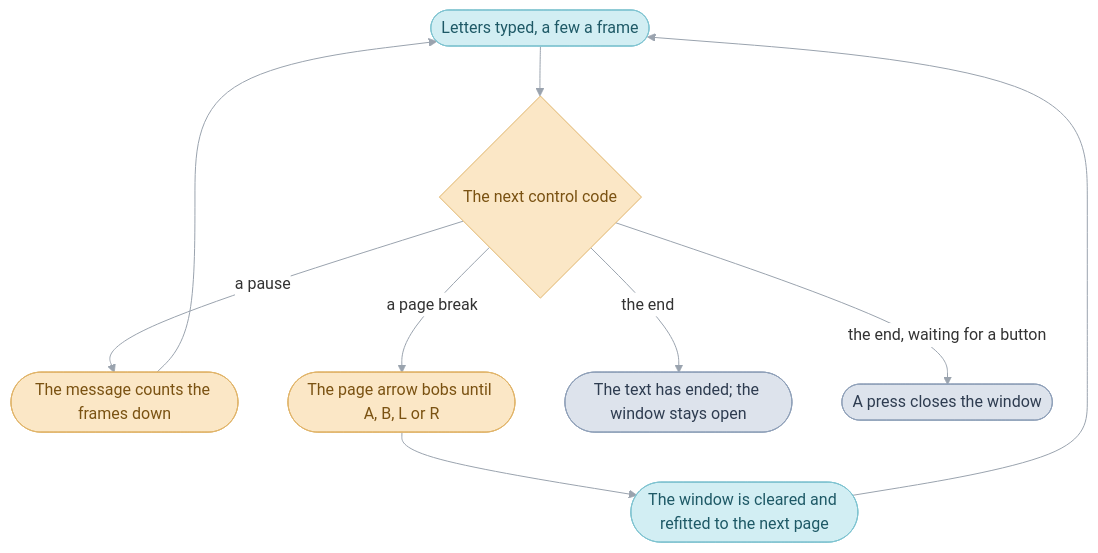
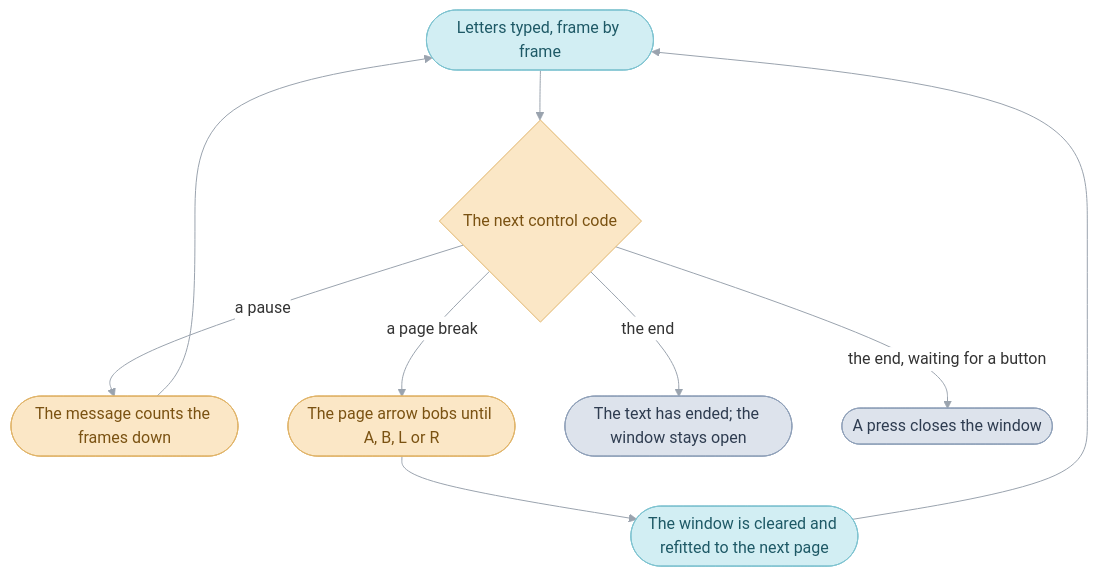
One commit to PascalPixel/alchemy changed the third of 4 diagrams in games/tbs/src/window/README.md. Above: the diagram before and after it, drawn with Mermaid. The commit also changed other lines of this file and 20 other files, not shown here.

````diff
--- a/games/tbs/src/window/README.md
+++ b/games/tbs/src/window/README.md
@@ -317,18 +317,18 @@
 ```mermaid
 %%{init: {"theme": "base", "themeVariables": {"lineColor": "#9AA3AE", "edgeLabelBackground": "#FFFFFF"}, "flowchart": {"curve": "basis", "padding": 12}}}%%
 flowchart TD
-  typed(["Letters typed, a few a frame"]) --> code{"The next control code"}
+  typed(["Letters typed, frame by frame"]) --> code{"The next control code"}
   code -- "a pause" --> pause(["The message counts the frames down"])
   pause --> typed
   code -- "a page break" --> arrow(["The page arrow bobs until A, B, L or R"])
   arrow --> refit(["The window is cleared and refitted to the next page"])
   refit --> typed
   code -- "the end" --> open(["The text has ended; the window stays open"])
   code -- "the end, waiting for a button" --> close(["A press closes the window"])
   classDef work fill:#D2EEF3,stroke:#7FC3D0,color:#1E5966
   classDef wait fill:#FBE7C6,stroke:#E0B46A,color:#7A5212
   classDef out fill:#DDE3EC,stroke:#8FA0B8,color:#2E3C50
   class typed,refit work
   class code,pause,arrow wait
   class open,close out
 ```
````
